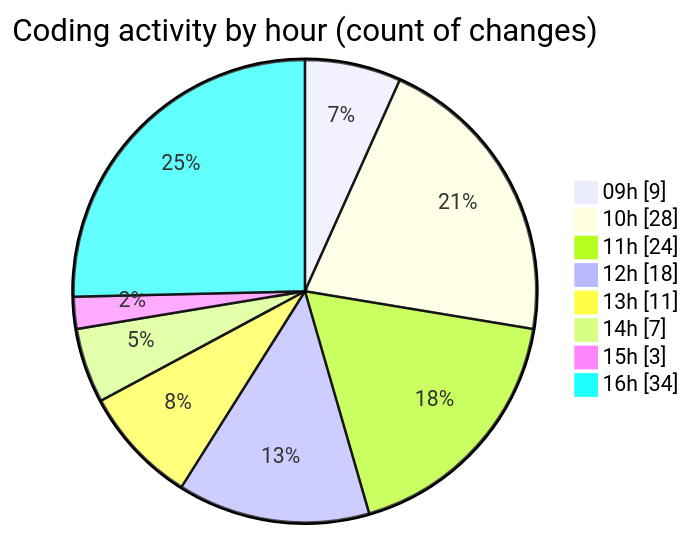
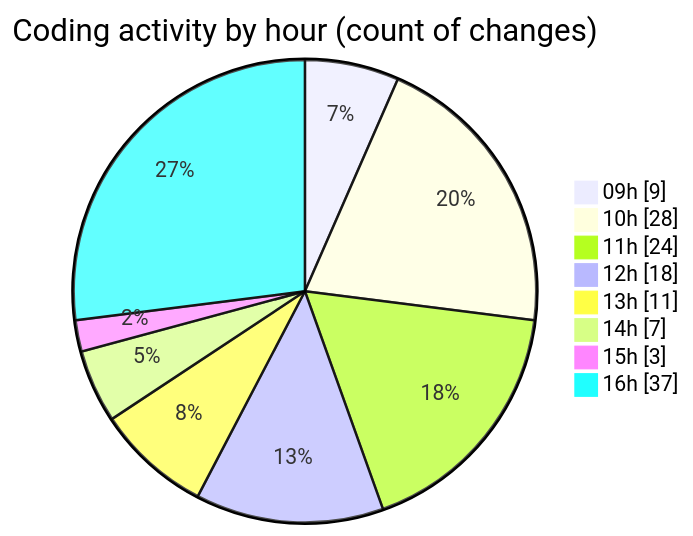
The second of 2 diagrams in 2025-09-18/cda/README.md (momahboobian/code-tracking), drawn with Mermaid before and after one commit. The commit also changed other lines of this file and 1 other file, not shown here.

````diff
--- a/2025-09-18/cda/README.md
+++ b/2025-09-18/cda/README.md
@@ -39,12 +39,12 @@
 ```mermaid
 pie showData
 title Coding activity by hour (count of changes)
 "09h" : 9
 "10h" : 28
 "11h" : 24
 "12h" : 18
 "13h" : 11
 "14h" : 7
 "15h" : 3
-"16h" : 34
+"16h" : 37
 ```
````
